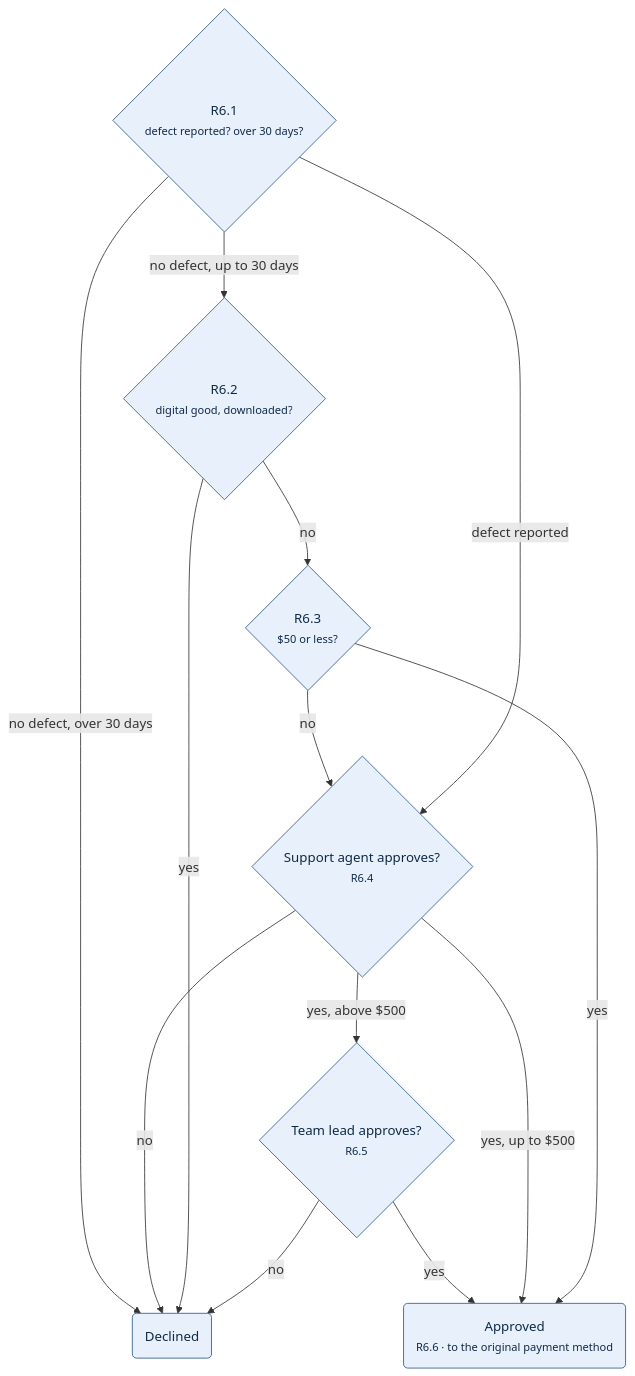
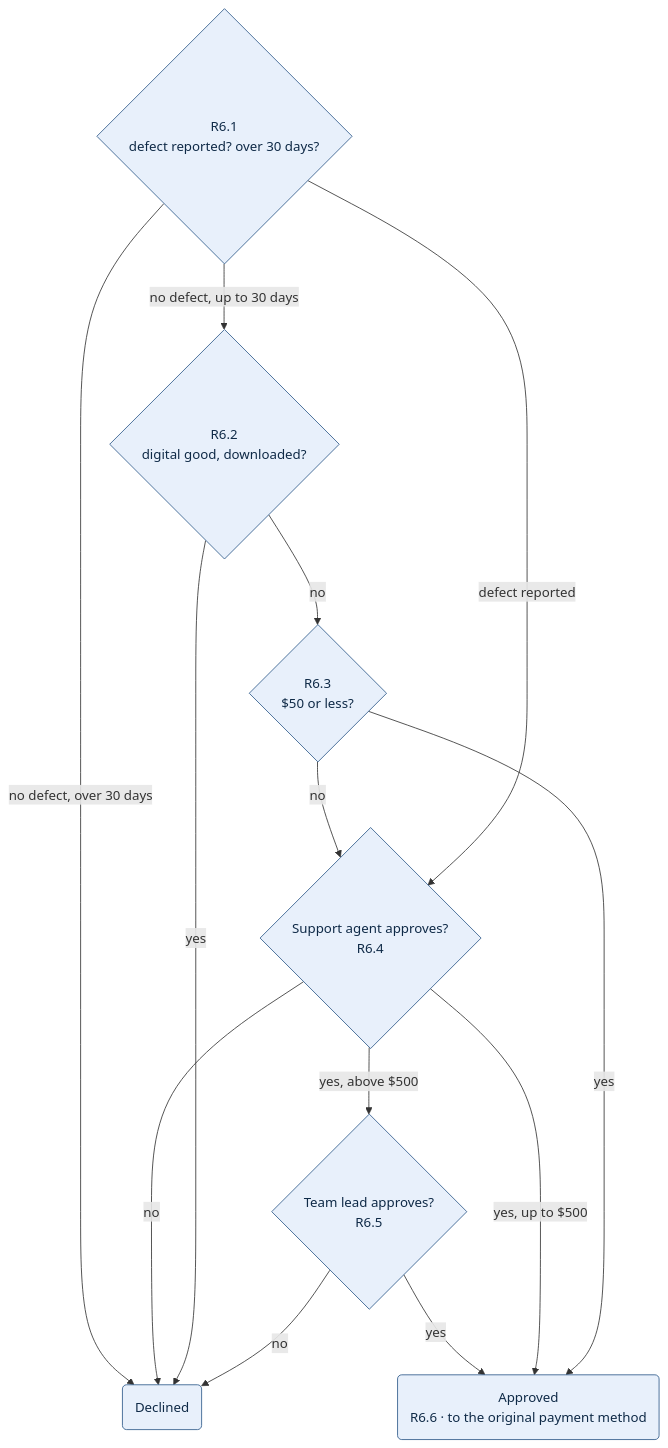
The diagram in .agent/skills/mermaid-authoring-guidelines/evals/fixtures/c7-refund-decision/pass.md (MatrixFounder/Agentic-development), drawn with Mermaid before and after one commit. The commit also changed 41 other files, not shown here.

````diff
--- a/.agent/skills/mermaid-authoring-guidelines/evals/fixtures/c7-refund-decision/pass.md
+++ b/.agent/skills/mermaid-authoring-guidelines/evals/fixtures/c7-refund-decision/pass.md
@@ -3,28 +3,28 @@
 ```mermaid
-%%{init: {"layout": "dagre", "look": "classic", "flowchart": {"nodeSpacing": 45, "rankSpacing": 55, "wrappingWidth": 400}}}%%
+%%{init: {"layout": "dagre", "look": "classic", "flowchart": {"nodeSpacing": 45, "rankSpacing": 55, "wrappingWidth": 400}, "themeCSS": "foreignObject { overflow: visible; }"}}%%
 flowchart TB
     accTitle: Refund decision
     accDescr: How R6.1 to R6.6 approve or decline a refund request.
-    R61{"R6.1<br/><small>defect reported? over 30 days?</small>"}
-    R62{"R6.2<br/><small>digital good, downloaded?</small>"}
-    R63{"R6.3<br/><small>$50 or less?</small>"}
-    AG{"Support agent approves?<br/><small>R6.4</small>"}
-    TL{"Team lead approves?<br/><small>R6.5</small>"}
-    APP("Approved<br/><small>R6.6 · to the original payment method</small>")
+    R61{"R6.1<br/>defect reported? over 30 days?"}
+    R62{"R6.2<br/>digital good, downloaded?"}
+    R63{"R6.3<br/>$50 or less?"}
+    AG{"Support agent approves?<br/>R6.4"}
+    TL{"Team lead approves?<br/>R6.5"}
+    APP("Approved<br/>R6.6 · to the original payment method")
     DEC("Declined")
     %% edge order chosen for the layout
     R63 -->|"no"| AG
     TL -->|"yes"| APP
     R61 -->|"no defect, over 30 days"| DEC
     R61 -->|"no defect, up to 30 days"| R62
     R62 -->|"no"| R63
     AG -->|"no"| DEC
     R61 -->|"defect reported"| AG
     R62 -->|"yes"| DEC
     AG -->|"yes, up to $500"| APP
     R63 -->|"yes"| APP
     AG -->|"yes, above $500"| TL
     TL -->|"no"| DEC
     class R61,R62,R63,AG,TL,APP,DEC wf
     classDef wf fill:#E8F0FB,stroke:#2E5A8A,color:#0F2A47
 ```
````
